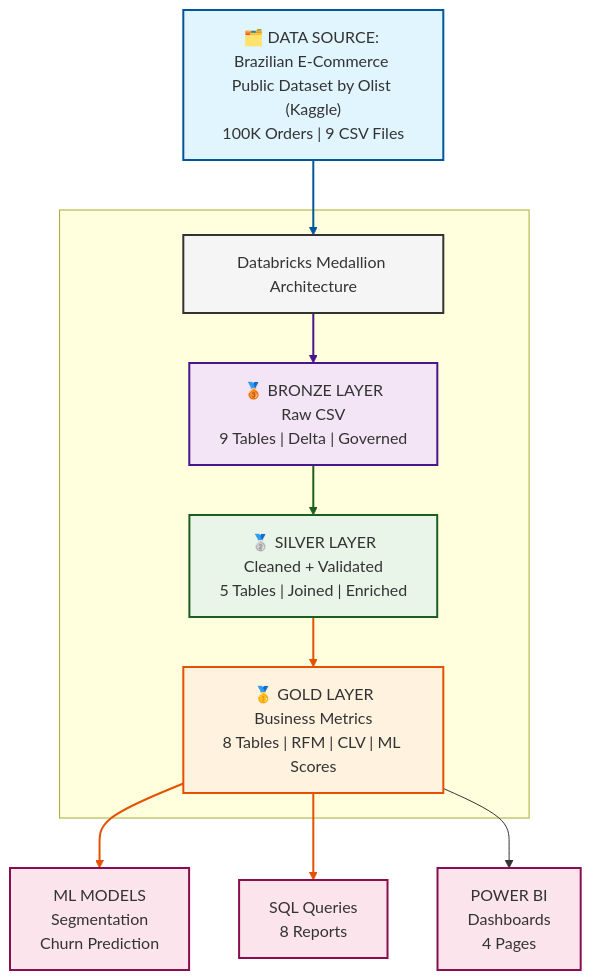
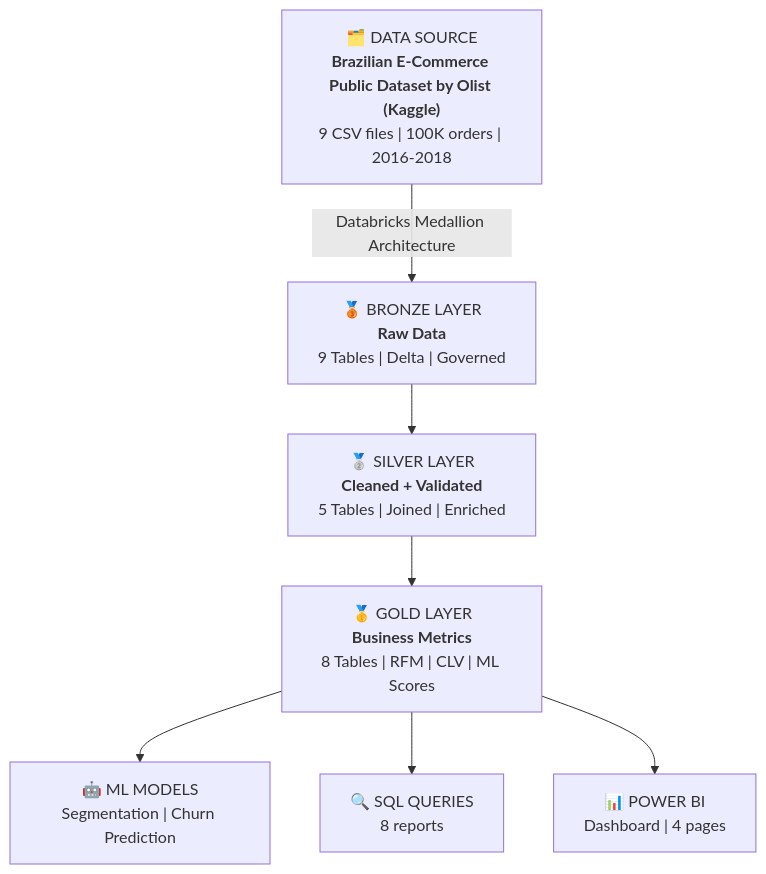
The diagram in README.md (txago/olist-analytics-platform), drawn with Mermaid before and after one commit. The commit also changed 1 other file, not shown here.

Commit message:
README update

````diff
--- a/README.md
+++ b/README.md
@@ -48,34 +48,9 @@
 ```mermaid
-graph TD
-    A["🗂️ DATA SOURCE: Brazilian E-Commerce Public Dataset by Olist (Kaggle)<br>100K Orders | 9 CSV Files"] --> HEADING["Databricks Medallion Architecture"]
-
-    subgraph Databricks[ ]
-       
-        HEADING --> B["🥉 BRONZE LAYER<br>Raw CSV<br>9 Tables | Delta | Governed"]
-        B --> C["🥈 SILVER LAYER<br>Cleaned + Validated<br>5 Tables | Joined | Enriched"]
-        C --> D["🥇 GOLD LAYER<br>Business Metrics<br>8 Tables | RFM | CLV | ML Scores"]
-    end
-
-    D --> E[ML MODELS<br>Segmentation<br>Churn Prediction]
-    D --> F[SQL Queries<br>8 Reports]
-    D --> G[POWER BI<br>Dashboards<br>4 Pages]
-
-    classDef source fill:#e1f5fe,stroke:#01579b,stroke-width:2px
-    classDef bronze fill:#f3e5f5,stroke:#4a148c,stroke-width:2px
-    classDef silver fill:#e8f5e8,stroke:#1b5e20,stroke-width:2px
-    classDef gold fill:#fff3e0,stroke:#e65100,stroke-width:2px
-    classDef output fill:#fce4ec,stroke:#880e4f,stroke-width:2px
-    classDef heading fill:#f5f5f5,stroke:#333,stroke-width:2px
-    
-    class A source
-    class B bronze
-    class C silver
-    class D gold
-    class E,F,G output
-    class HEADING heading
-    
-    linkStyle 0 stroke:#01579b,stroke-width:2px,fill:none
-    linkStyle 1 stroke:#4a148c,stroke-width:2px,fill:none
-    linkStyle 2 stroke:#1b5e20,stroke-width:2px,fill:none
-    linkStyle 3,4,5 stroke:#e65100,stroke-width:2px,fill:none
+flowchart TD
+    A["🗂️ DATA SOURCE<br><strong>Brazilian E-Commerce Public Dataset by Olist (Kaggle)</strong><br>9 CSV files | 100K orders | 2016-2018"] -->|Databricks Medallion Architecture| B["🥉 BRONZE LAYER<br><strong>Raw Data</strong><br>9 Tables | Delta | Governed"]
+    B --> C["🥈 SILVER LAYER<br><strong>Cleaned + Validated</strong><br>5 Tables | Joined | Enriched"]
+    C --> D["🥇 GOLD LAYER<br><strong>Business Metrics</strong><br>8 Tables | RFM | CLV | ML Scores"]
+    D --> E["🤖 ML MODELS<br>Segmentation | Churn Prediction"]
+    D --> F["🔍 SQL QUERIES<br>8 reports"]
+    D --> G["📊 POWER BI<br>Dashboard | 4 pages"]
 ```
````
